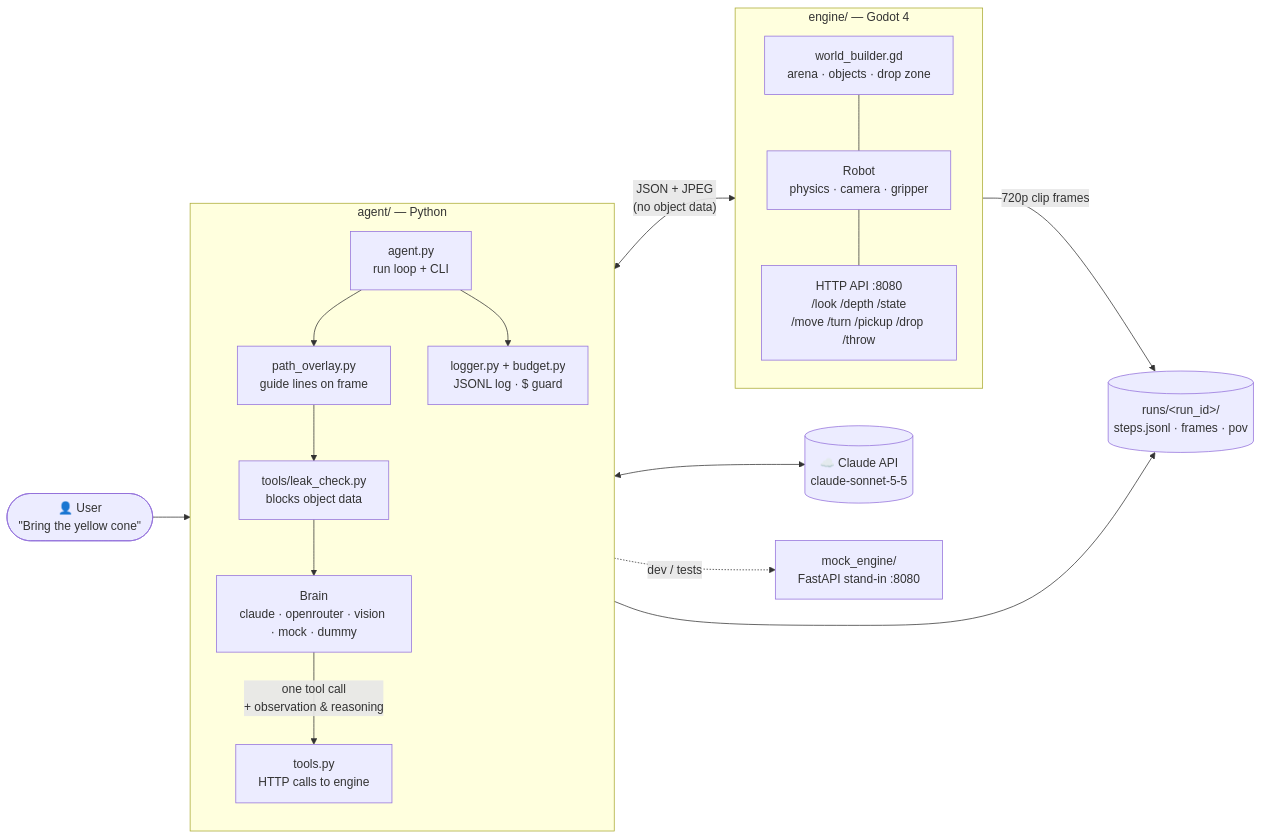
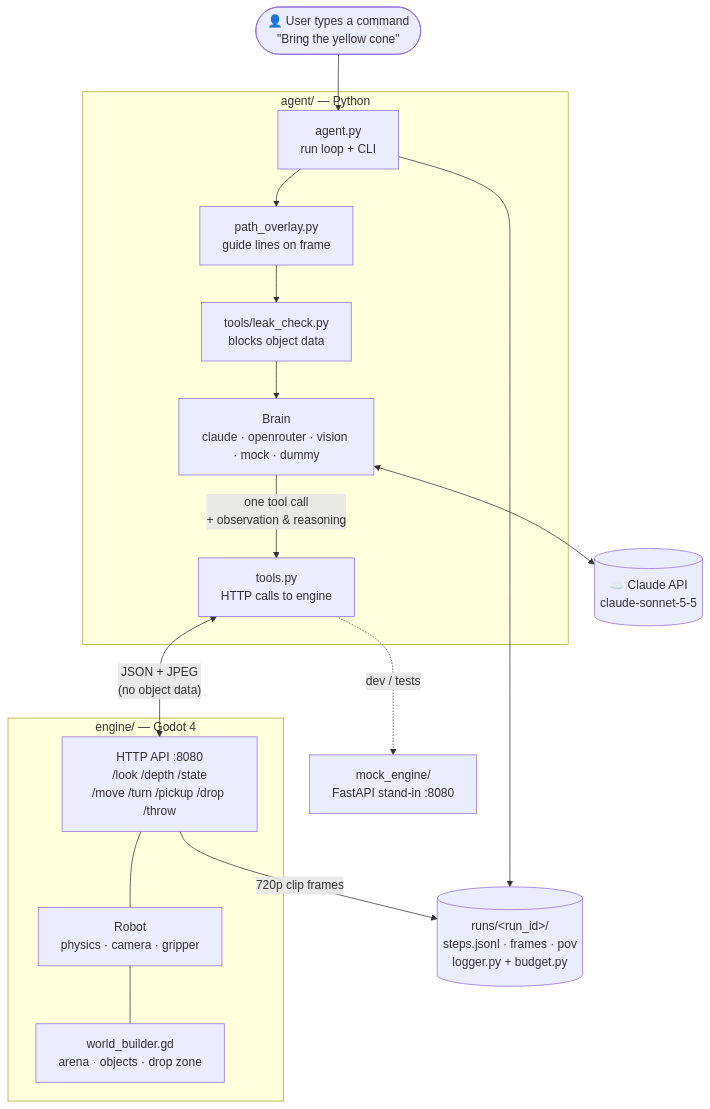
Before and after one commit to yashhhvardhannn/Hackoween: the diagram in README.md, drawn with Mermaid.

Commit message:
docs: make README architecture diagram top-to-bottom so it reads at GitHub width

````diff
--- a/README.md
+++ b/README.md
@@ -61,37 +61,33 @@
 ```mermaid
-flowchart LR
-    U(["👤 User<br/>&quot;Bring the yellow cone&quot;"])
+flowchart TB
+    U(["👤 User types a command<br/>&quot;Bring the yellow cone&quot;"])
 
     subgraph AGENT["agent/ — Python"]
-        direction TB
         A["agent.py<br/>run loop + CLI"]
         P["path_overlay.py<br/>guide lines on frame"]
         L["tools/leak_check.py<br/>blocks object data"]
         B["Brain<br/>claude · openrouter · vision · mock · dummy"]
         T["tools.py<br/>HTTP calls to engine"]
-        G["logger.py + budget.py<br/>JSONL log · $ guard"]
         A --> P --> L --> B
         B -- "one tool call<br/>+ observation & reasoning" --> T
-        A --> G
     end
 
     C[("☁️ Claude API<br/>claude-sonnet-5-5")]
 
     subgraph ENGINE["engine/ — Godot 4"]
-        direction TB
+        H["HTTP API :8080<br/>/look /depth /state<br/>/move /turn /pickup /drop /throw"]
+        R["Robot<br/>physics · camera · gripper"]
         W["world_builder.gd<br/>arena · objects · drop zone"]
-        R["Robot<br/>physics · camera · gripper"]
-        H["HTTP API :8080<br/>/look /depth /state<br/>/move /turn /pickup /drop /throw"]
-        W --- R --- H
+        H --- R --- W
     end
 
     M["mock_engine/<br/>FastAPI stand-in :8080"]
-    RUNS[("runs/&lt;run_id&gt;/<br/>steps.jsonl · frames · pov")]
+    RUNS[("runs/&lt;run_id&gt;/<br/>steps.jsonl · frames · pov<br/>logger.py + budget.py")]
 
     U --> A
     B <--> C
     T <-- "JSON + JPEG<br/>(no object data)" --> H
     T -. "dev / tests" .-> M
-    G --> RUNS
+    A --> RUNS
     H -- "720p clip frames" --> RUNS
 ```
````
